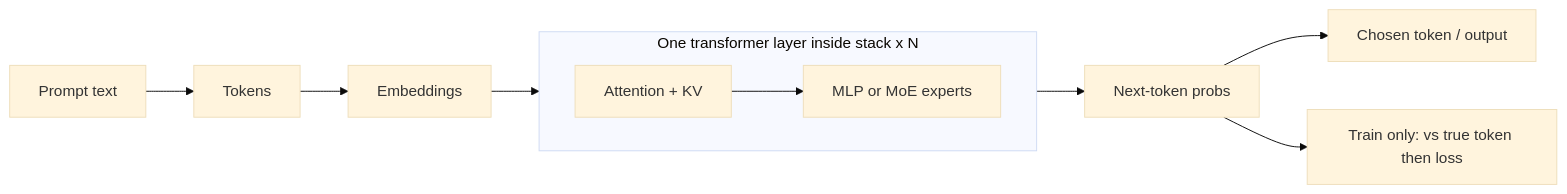
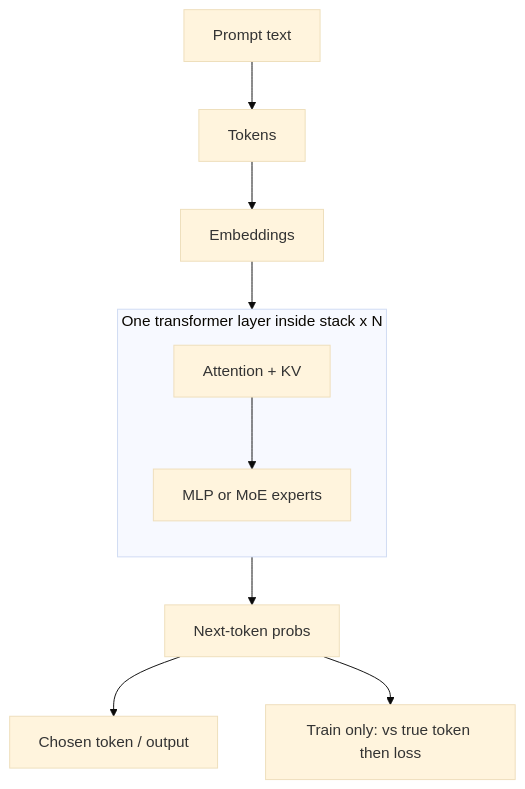
One commit to Vince-0/AI_Theory changed the first of 2 diagrams in README.md. Above: the diagram before and after it, drawn with Mermaid (base theme).

Commit message:
Make One decode step Mermaid diagram vertical.

````diff
--- a/README.md
+++ b/README.md
@@ -41,17 +41,17 @@
 ```mermaid
-flowchart LR
+flowchart TD
   prompt["Prompt text"] --> tok["Tokens"]
   tok --> emb["Embeddings"]
 
   subgraph oneLayer ["One transformer layer inside stack x N"]
-    direction LR
+    direction TB
     attn["Attention + KV"]
     ffn["MLP or MoE experts"]
     attn --> ffn
   end
 
   emb --> attn
   ffn --> pred["Next-token probs"]
   pred --> out["Chosen token / output"]
   pred --> trainPath["Train only: vs true token then loss"]
 ```
````
